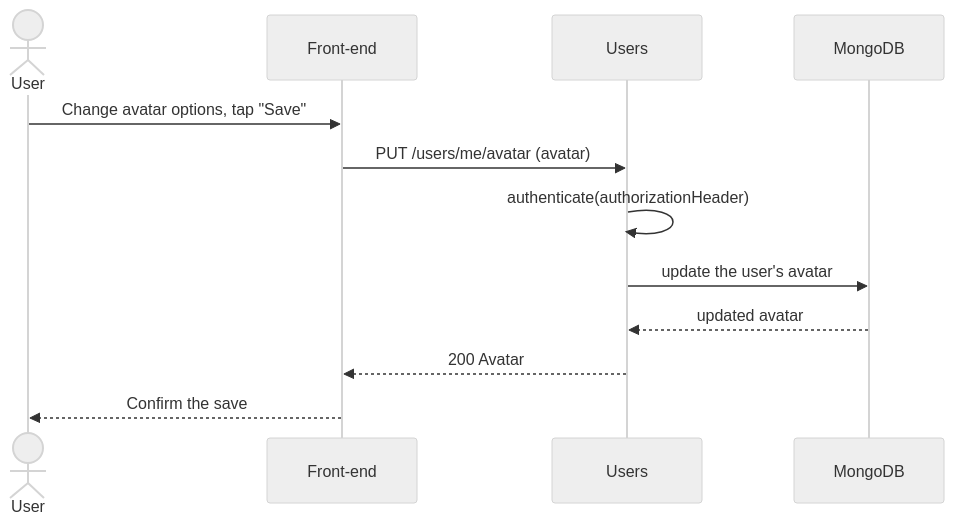
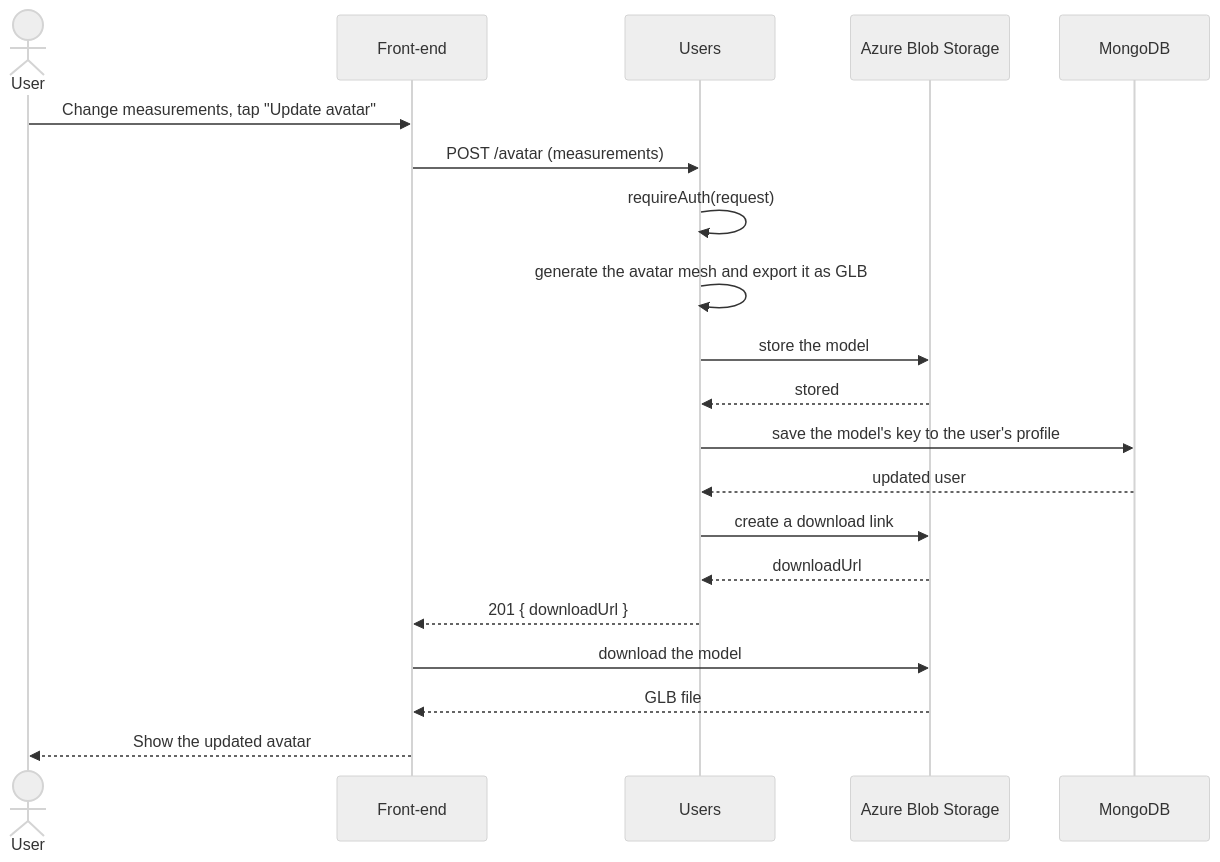
One commit to evannawfal/fabricate changed the sixth of 6 diagrams in documentation/Requirements_and_Design.md. Above: the diagram before and after it, drawn with Mermaid (neutral theme). The commit also changed other lines of this file, not shown here.

````diff
--- a/documentation/Requirements_and_Design.md
+++ b/documentation/Requirements_and_Design.md
@@ -469,15 +498,23 @@
 ```mermaid
 sequenceDiagram
     actor U as User
     participant FE as Front-end
     participant US as Users
+    participant AZ as Azure Blob Storage
     participant DB as MongoDB
 
-    U->>FE: Change avatar options, tap "Save"
-    FE->>US: PUT /users/me/avatar (avatar)
-    US->>US: authenticate(authorizationHeader)
-    US->>DB: update the user's avatar
-    DB-->>US: updated avatar
-    US-->>FE: 200 Avatar
-    FE-->>U: Confirm the save
+    U->>FE: Change measurements, tap "Update avatar"
+    FE->>US: POST /avatar (measurements)
+    US->>US: requireAuth(request)
+    US->>US: generate the avatar mesh and export it as GLB
+    US->>AZ: store the model
+    AZ-->>US: stored
+    US->>DB: save the model's key to the user's profile
+    DB-->>US: updated user
+    US->>AZ: create a download link
+    AZ-->>US: downloadUrl
+    US-->>FE: 201 { downloadUrl }
+    FE->>AZ: download the model
+    AZ-->>FE: GLB file
+    FE-->>U: Show the updated avatar
 ```
````
